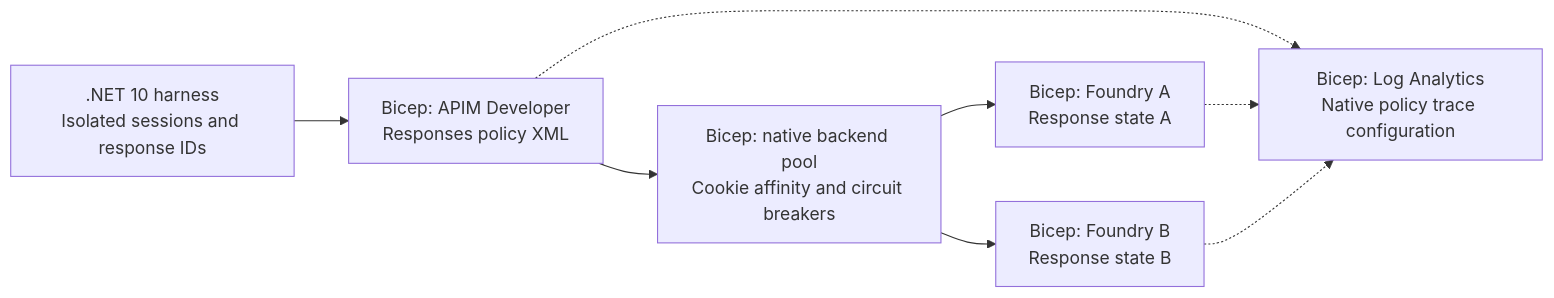
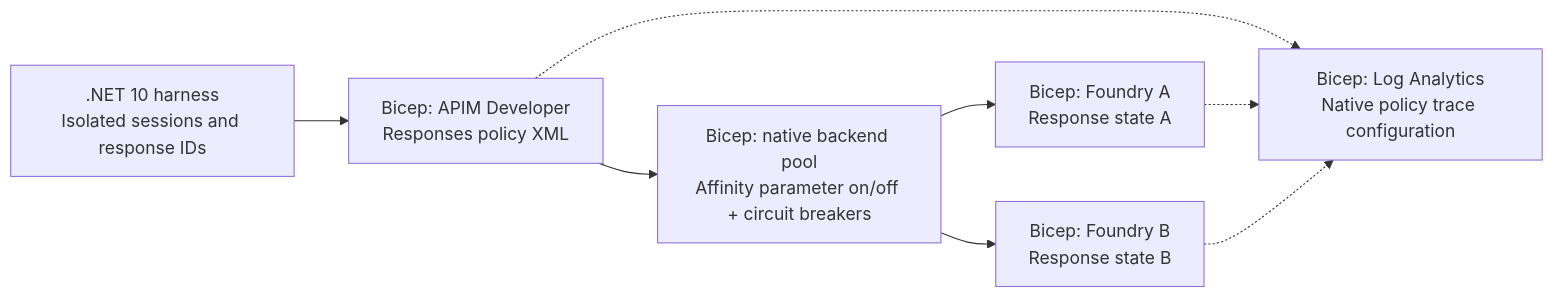
Before and after one commit to christopherhouse/APIM-AI-Gateway-Responses-API: the first of 2 diagrams in README.md, drawn with Mermaid. The commit also changed other lines of this file and 27 other files, not shown here.

````diff
--- a/README.md
+++ b/README.md
@@ -31,16 +62,16 @@
 ```mermaid
 flowchart LR
     Client[".NET 10 harness<br/>Isolated sessions and response IDs"]
     Gateway["Bicep: APIM Developer<br/>Responses policy XML"]
-    Pool["Bicep: native backend pool<br/>Cookie affinity and circuit breakers"]
+    Pool["Bicep: native backend pool<br/>Affinity parameter on/off + circuit breakers"]
     A["Bicep: Foundry A<br/>Response state A"]
     B["Bicep: Foundry B<br/>Response state B"]
     Logs["Bicep: Log Analytics<br/>Native policy trace configuration"]
     Client --> Gateway
     Gateway --> Pool
     Pool --> A
     Pool --> B
     Gateway -.-> Logs
     A -.-> Logs
     B -.-> Logs
 ```
````
